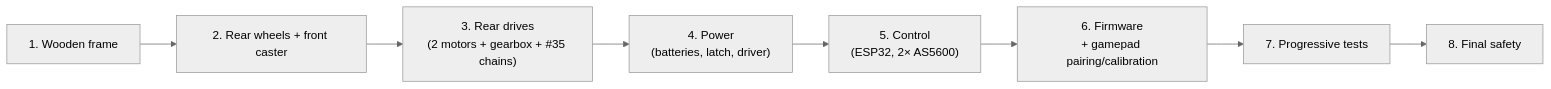
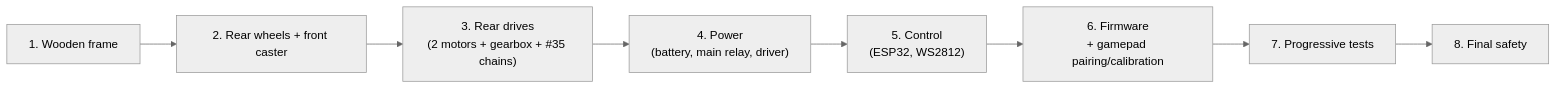
The ninth of 9 diagrams in README.md (pinkymaxou/powered-soapbox-car), drawn with Mermaid (neutral theme) before and after one commit. The commit also changed other lines of this file and 48 other files, not shown here.

````diff
--- a/README.md
+++ b/README.md
@@ -773,7 +805,7 @@
 ```mermaid
 flowchart LR
     P1["1. Wooden frame"] --> P2["2. Rear wheels + front caster"] --> P3["3. Rear drives<br/>(2 motors + gearbox + #35 chains)"]
-    P3 --> P5["4. Power<br/>(batteries, latch, driver)"]
-    P5 --> P6["5. Control<br/>(ESP32, 2× AS5600)"] --> P7["6. Firmware<br/>+ gamepad pairing/calibration"]
+    P3 --> P5["4. Power<br/>(battery, main relay, driver)"]
+    P5 --> P6["5. Control<br/>(ESP32, WS2812)"] --> P7["6. Firmware<br/>+ gamepad pairing/calibration"]
     P7 --> P8["7. Progressive tests"] --> P9["8. Final safety"]
 ```
````
